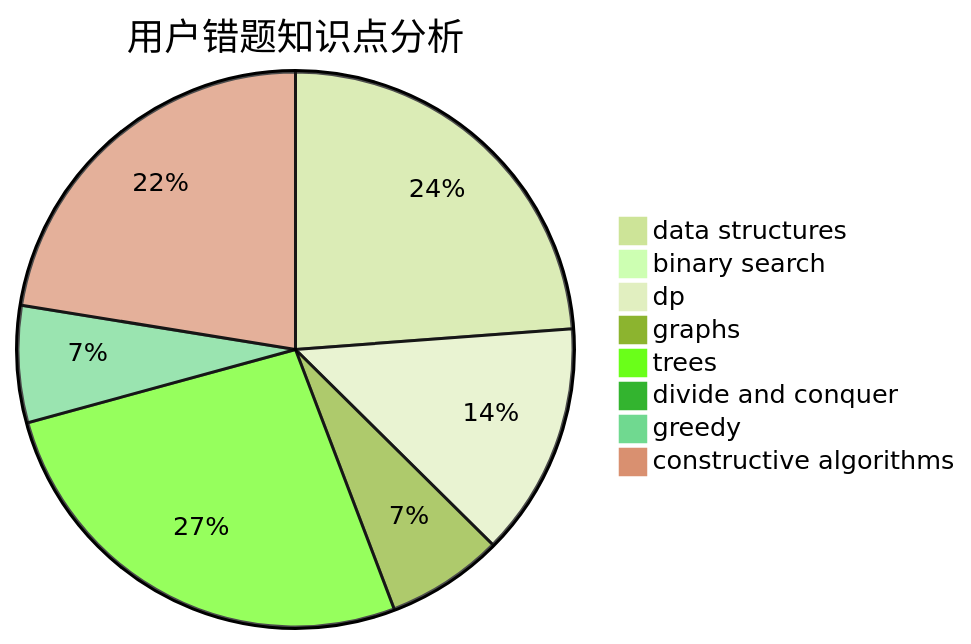
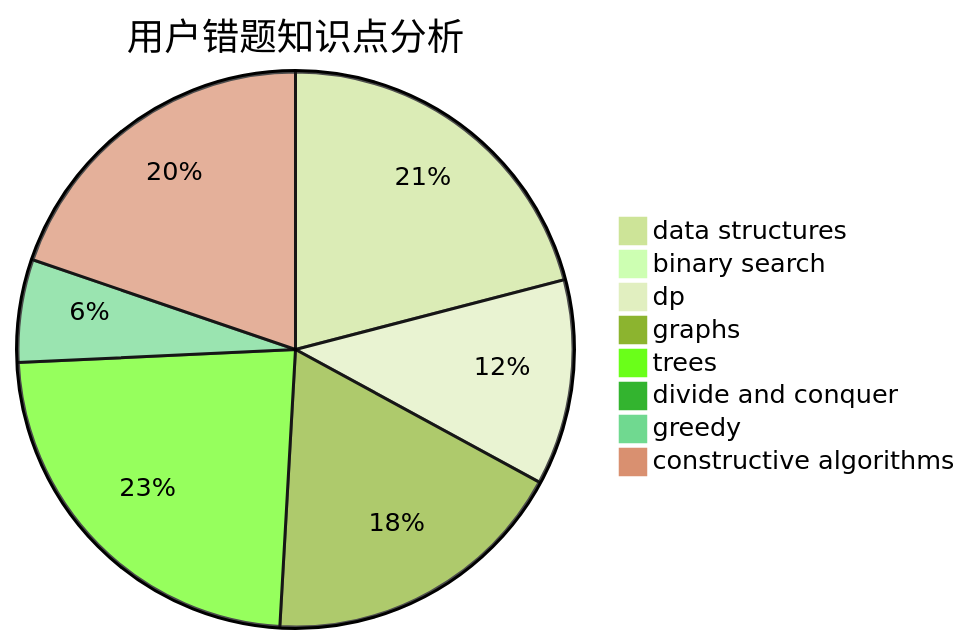
Before and after one commit to sherpahu/cfrs.github.io: the third of 3 diagrams in docs/user/u863.md, drawn with Mermaid (forest theme). The commit also changed other lines of this file and 2770 other files, not shown here.

````diff
--- a/docs/user/u863.md
+++ b/docs/user/u863.md
@@ -36,11 +36,11 @@
 ```mermaid
 pie title 用户错题知识点分析
     "data structures" :  35
     "binary search" :  0
     "dp" :  20
-    "graphs" :  10
+    "graphs" :  30
     "trees" :  39
     "divide and conquer" :  0
     "greedy" :  10
     "constructive algorithms" :  33
 ```
````
